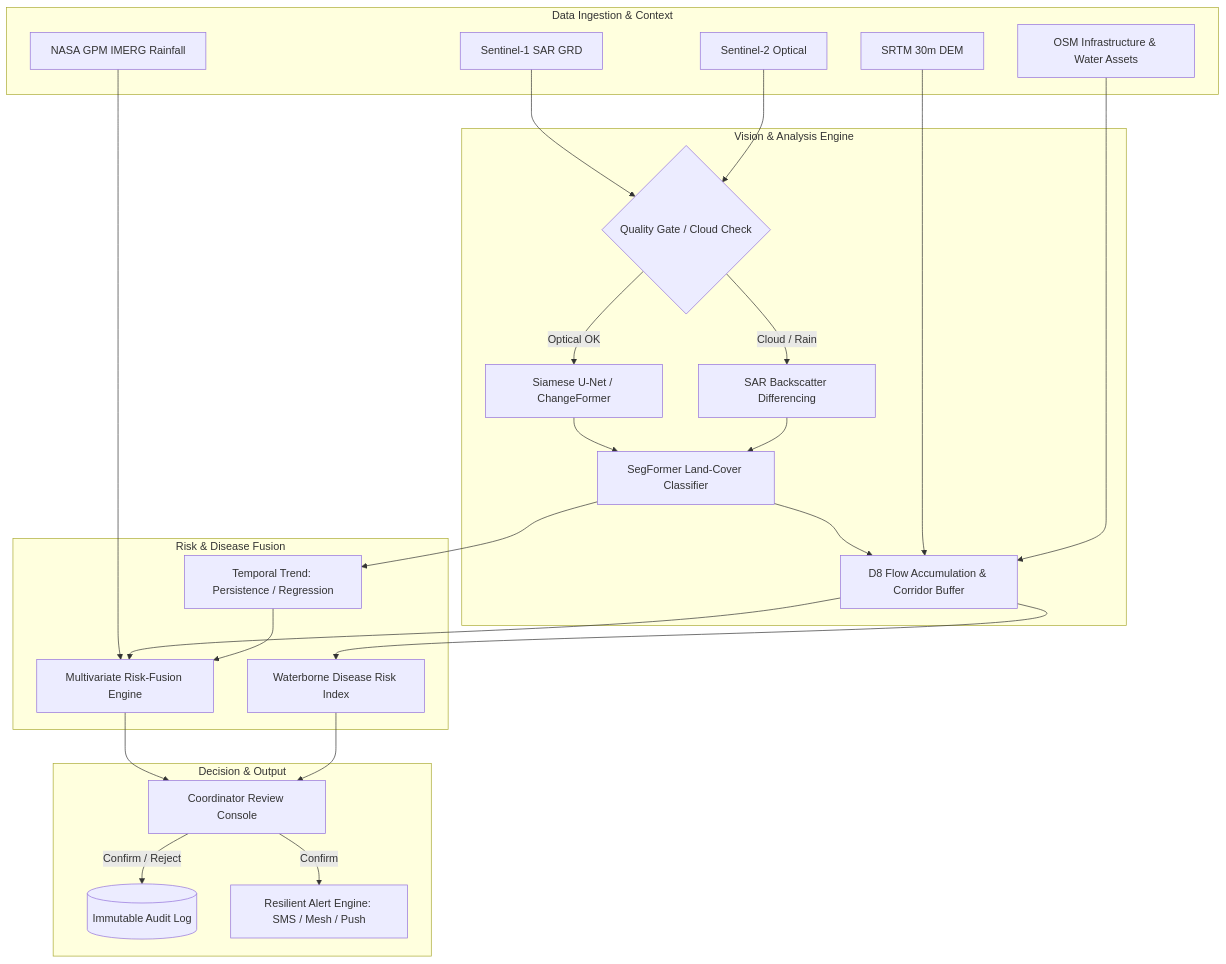
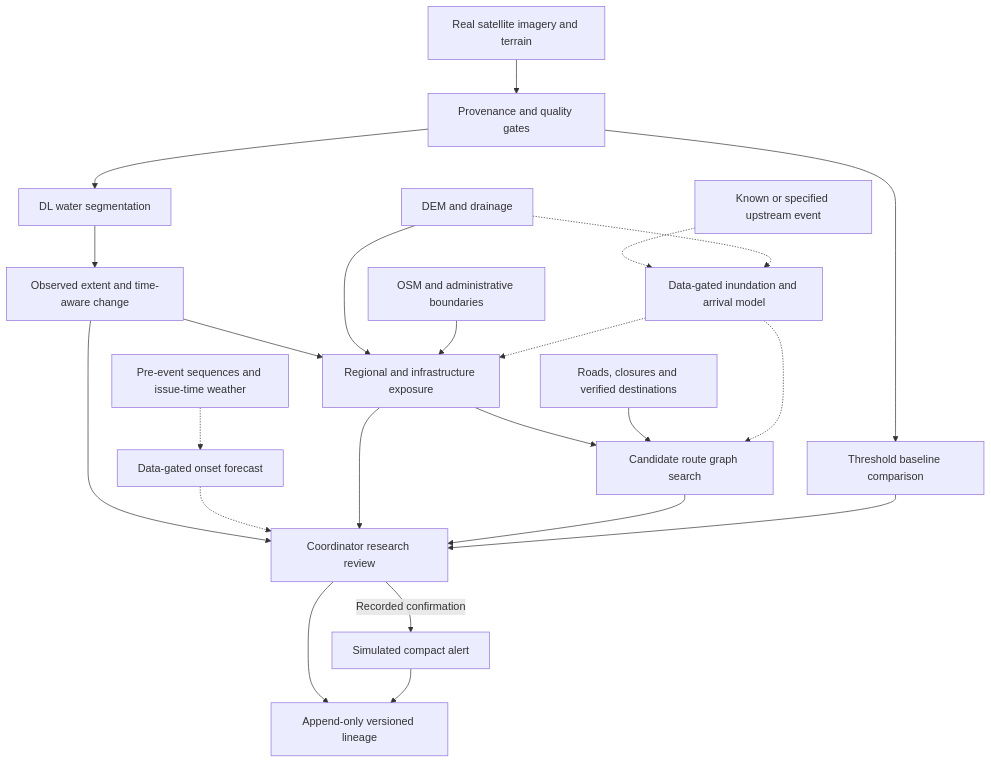
One commit to evinbrijesh/SIREN changed the diagram in docs/spec/PRD.md. Above: the diagram before and after it, drawn with Mermaid. The commit also changed other lines of this file and 8 other files, not shown here.

First line of the commit message:
docs(prd): v4.7 — ML-led research prototype + checkpoint audit artifacts

````diff
--- a/docs/spec/PRD.md
+++ b/docs/spec/PRD.md
@@ -185,46 +212,25 @@
 ```mermaid
 flowchart TD
-  subgraph Data_Layer [Data Ingestion & Context]
-    S1[Sentinel-1 SAR GRD]
-    S2[Sentinel-2 Optical]
-    DEM[SRTM 30m DEM]
-    GPM[NASA GPM IMERG Rainfall]
-    OSM[OSM Infrastructure & Water Assets]
-  end
-
-  subgraph Processing_Layer [Vision & Analysis Engine]
-    QC{Quality Gate / Cloud Check}
-    SAR_Diff[SAR Backscatter Differencing]
-    Siam[Siamese U-Net / ChangeFormer]
-    Seg[SegFormer Land-Cover Classifier]
-    Hydro[D8 Flow Accumulation & Corridor Buffer]
-  end
-
-  subgraph Risk_Layer [Risk & Disease Fusion]
-    Trend[Temporal Trend: Persistence / Regression]
-    ScoreEngine[Multivariate Risk-Fusion Engine]
-    DiseaseEngine[Waterborne Disease Risk Index]
-  end
-
-  subgraph Review_Layer [Decision & Output]
-    Deck[Coordinator Review Console]
-    Audit[(Immutable Audit Log)]
-    Dispatch[Resilient Alert Engine: SMS / Mesh / Push]
-  end
-
-  S1 & S2 --> QC
-  QC -- Optical OK --> Siam
-  QC -- Cloud / Rain --> SAR_Diff
-  Siam & SAR_Diff --> Seg
-  Seg --> Hydro
-  DEM --> Hydro
-  OSM --> Hydro
-  GPM --> ScoreEngine
-  Hydro --> ScoreEngine
-  Hydro --> DiseaseEngine
-  Seg --> Trend
-  Trend --> ScoreEngine
-  ScoreEngine & DiseaseEngine --> Deck
-  Deck -->|Confirm| Dispatch
-  Deck -->|Confirm / Reject| Audit
+  Inputs[Real satellite imagery and terrain] --> QC[Provenance and quality gates]
+  QC --> DL[DL water segmentation]
+  QC --> Baseline[Threshold baseline comparison]
+  DL --> Observed[Observed extent and time-aware change]
+  Observed --> Exposure[Regional and infrastructure exposure]
+  Terrain[DEM and drainage] --> Exposure
+  Assets[OSM and administrative boundaries] --> Exposure
+  History[Pre-event sequences and issue-time weather] -.-> Forecast[Data-gated onset forecast]
+  Event[Known or specified upstream event] -.-> Impact[Data-gated inundation and arrival model]
+  Terrain -.-> Impact
+  Impact -.-> Exposure
+  Exposure --> Routes[Candidate route graph search]
+  Network[Roads, closures and verified destinations] --> Routes
+  Impact -.-> Routes
+  Observed --> Review[Coordinator research review]
+  Forecast -.-> Review
+  Exposure --> Review
+  Routes --> Review
+  Baseline --> Review
+  Review -->|Recorded confirmation| Dispatch[Simulated compact alert]
+  Review --> Audit[Append-only versioned lineage]
+  Dispatch --> Audit
 ```
````
